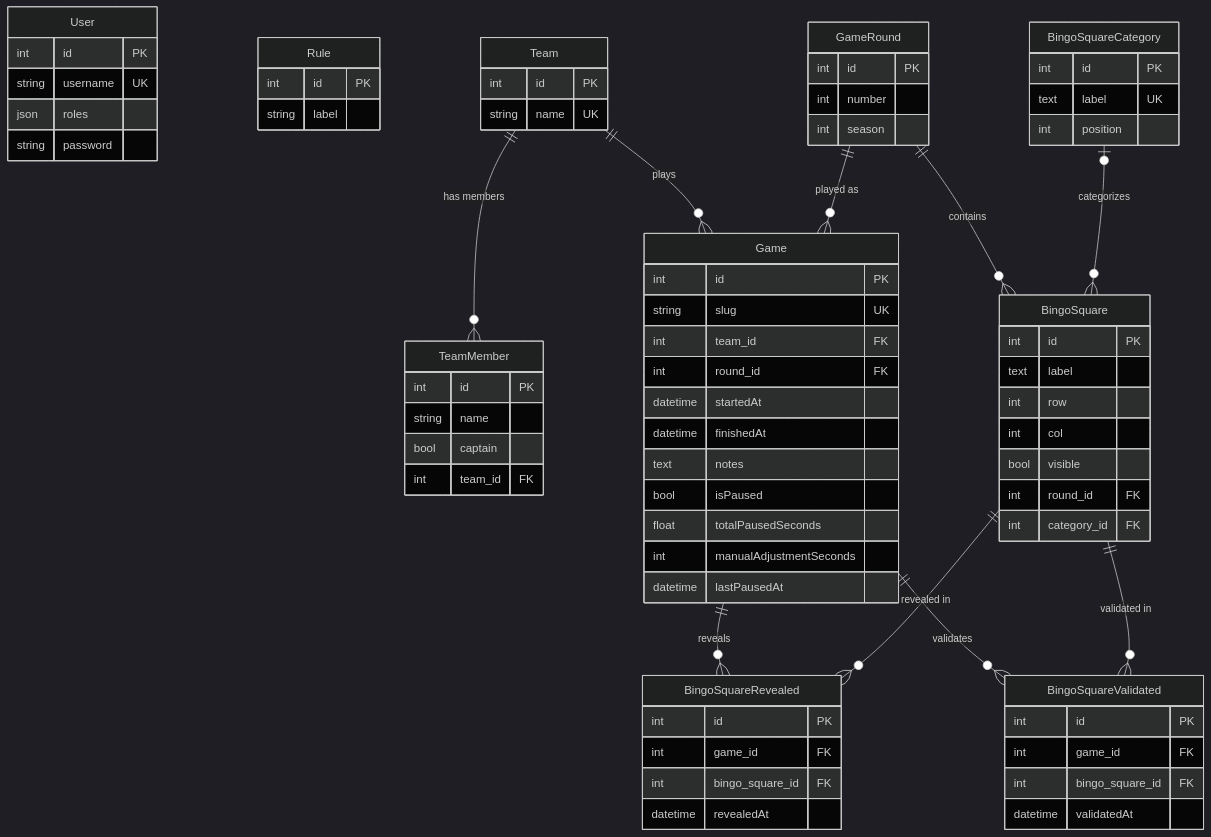
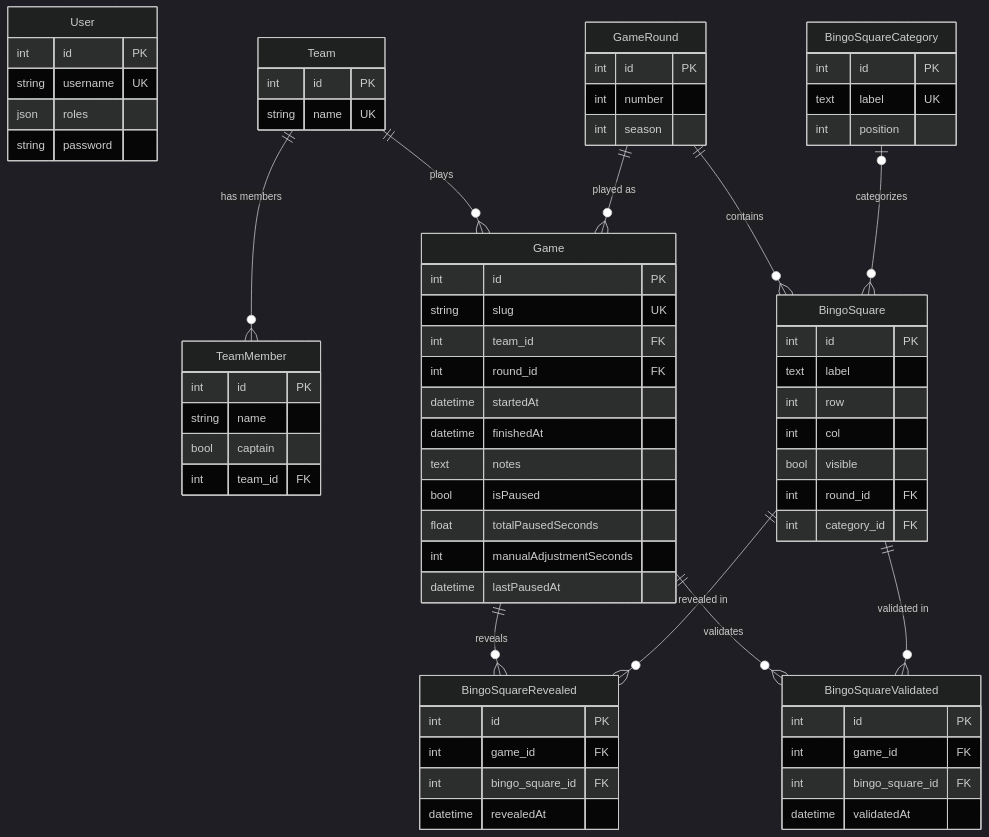
One commit to Semche95/LethalBingo changed the second of 2 diagrams in README.md. Above: the diagram before and after it, drawn with Mermaid (dark theme). The commit also changed other lines of this file, not shown here.

````diff
--- a/README.md
+++ b/README.md
@@ -237,77 +230,73 @@
 ```mermaid
 erDiagram
     User {
         int id PK
         string username UK
         json roles
         string password
-    }
-    Rule {
-        int id PK
-        string label
     }
     Team {
         int id PK
         string name UK
     }
     TeamMember {
         int id PK
         string name
         bool captain
         int team_id FK
     }
     GameRound {
         int id PK
         int number
         int season
     }
     Game {
         int id PK
         string slug UK
         int team_id FK
         int round_id FK
         datetime startedAt
         datetime finishedAt
         text notes
         bool isPaused
         float totalPausedSeconds
         int manualAdjustmentSeconds
         datetime lastPausedAt
     }
     BingoSquareCategory {
         int id PK
         text label UK
         int position
     }
     BingoSquare {
         int id PK
         text label
         int row
         int col
         bool visible
         int round_id FK
         int category_id FK
     }
     BingoSquareRevealed {
         int id PK
         int game_id FK
         int bingo_square_id FK
         datetime revealedAt
     }
     BingoSquareValidated {
         int id PK
         int game_id FK
         int bingo_square_id FK
         datetime validatedAt
     }
 
     Team ||--o{ TeamMember : "has members"
     Team ||--o{ Game : "plays"
     GameRound ||--o{ Game : "played as"
     GameRound ||--o{ BingoSquare : "contains"
     BingoSquareCategory |o--o{ BingoSquare : "categorizes"
     Game ||--o{ BingoSquareRevealed : "reveals"
     BingoSquare ||--o{ BingoSquareRevealed : "revealed in"
     Game ||--o{ BingoSquareValidated : "validates"
     BingoSquare ||--o{ BingoSquareValidated : "validated in"
 ```
````
